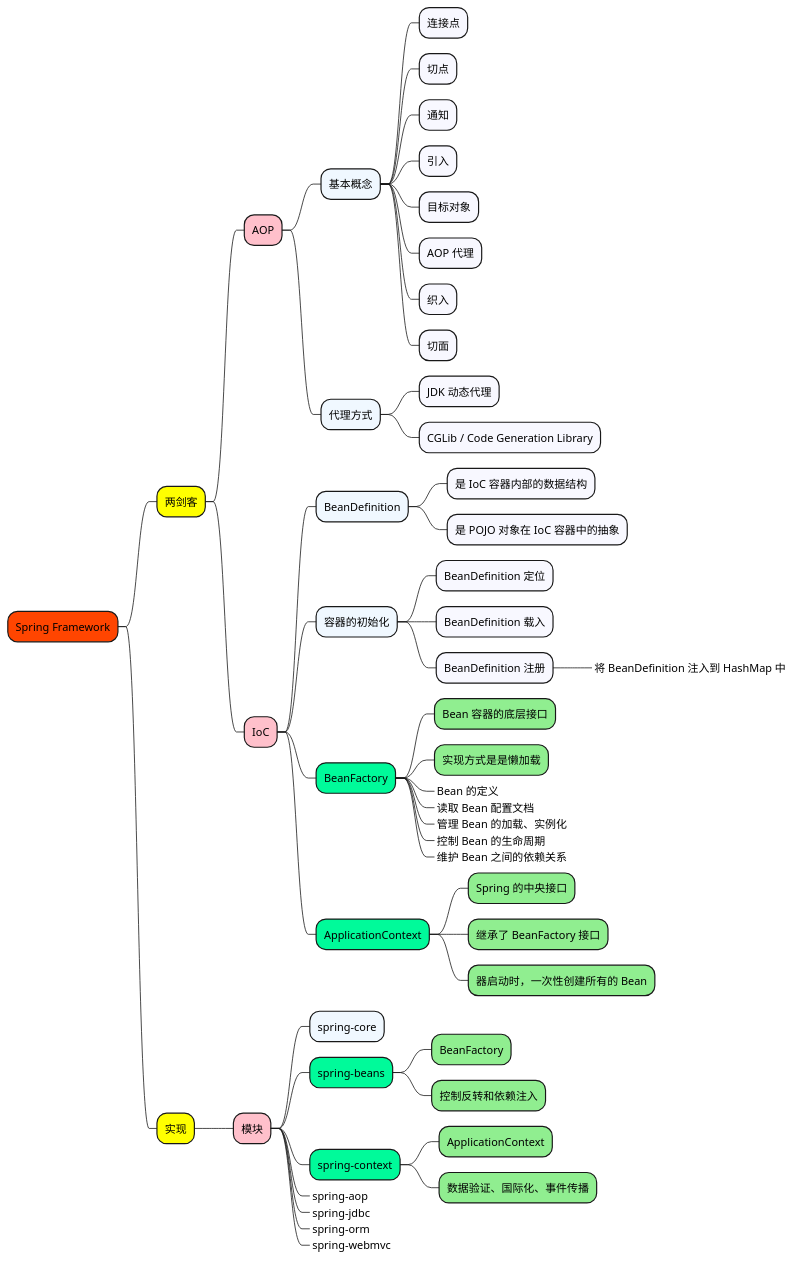
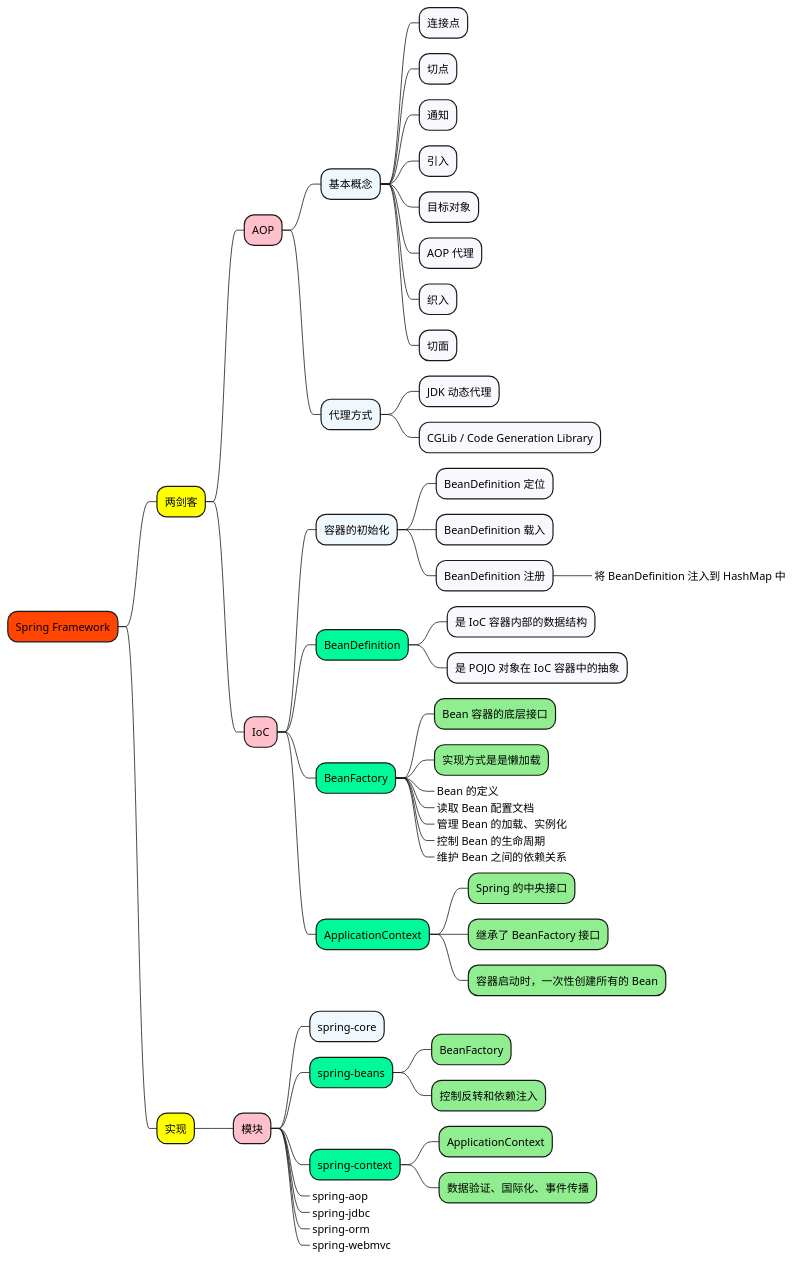
Before and after one commit to doveg/self-cultivation-of-a-software-engineer: the diagram in 1_map/framework/Spring-Framework.puml, drawn with PlantUML. The commit also changed 6 other files, not shown here.

```diff
--- a/1_map/framework/Spring-Framework.puml
+++ b/1_map/framework/Spring-Framework.puml
@@ -1,68 +1,67 @@
 @startmindmap
 
 +[#OrangeRed] Spring Framework
 
 ++[#yellow] 两剑客
 
 +++[#Pink] AOP
+
 ++++[#AliceBlue] 基本概念
 +++++[#GhostWhite] 连接点
 +++++[#GhostWhite] 切点
 +++++[#GhostWhite] 通知
 +++++[#GhostWhite] 引入
 +++++[#GhostWhite] 目标对象
 +++++[#GhostWhite] AOP 代理
 +++++[#GhostWhite] 织入
 +++++[#GhostWhite] 切面
-'++++++[#Aquamarine] 6
-'+++++++[#Aquamarine]_ 7
 
 ++++[#AliceBlue] 代理方式
 +++++[#GhostWhite] JDK 动态代理
 +++++[#GhostWhite] CGLib / Code Generation Library
 
 
 +++[#Pink] IoC
 
-++++[#AliceBlue] BeanDefinition
-+++++[#GhostWhite] 是 IoC 容器内部的数据结构
-+++++[#GhostWhite] 是 POJO 对象在 IoC 容器中的抽象
-
 ++++[#AliceBlue] 容器的初始化
 +++++[#GhostWhite] BeanDefinition 定位
 +++++[#GhostWhite] BeanDefinition 载入
 +++++[#GhostWhite] BeanDefinition 注册
 ++++++[#LightGreen]_ 将 BeanDefinition 注入到 HashMap 中
+
+++++[#MediumSpringGreen] BeanDefinition
++++++[#GhostWhite] 是 IoC 容器内部的数据结构
++++++[#GhostWhite] 是 POJO 对象在 IoC 容器中的抽象
 
 ++++[#MediumSpringGreen] BeanFactory
 +++++[#LightGreen] Bean 容器的底层接口
 +++++[#LightGreen] 实现方式是是懒加载
 +++++[#GhostWhite]_ Bean 的定义
 +++++[#GhostWhite]_ 读取 Bean 配置文档
 +++++[#GhostWhite]_ 管理 Bean 的加载、实例化
 +++++[#GhostWhite]_ 控制 Bean 的生命周期
 +++++[#GhostWhite]_ 维护 Bean 之间的依赖关系
 
 ++++[#MediumSpringGreen] ApplicationContext
 +++++[#LightGreen] Spring 的中央接口
 +++++[#LightGreen] 继承了 BeanFactory 接口
-+++++[#LightGreen] 器启动时，一次性创建所有的 Bean
++++++[#LightGreen] 容器启动时，一次性创建所有的 Bean
 
 
 ++[#yellow] 实现
 
 +++[#Pink] 模块
 ++++[#AliceBlue] spring-core
 ++++[#MediumSpringGreen] spring-beans
 +++++[#LightGreen] BeanFactory
 +++++[#LightGreen] 控制反转和依赖注入
 ++++[#MediumSpringGreen] spring-context
 +++++[#LightGreen] ApplicationContext
 +++++[#LightGreen] 数据验证、国际化、事件传播
 ++++[#AliceBlue]_ spring-aop
 ++++[#AliceBlue]_ spring-jdbc
 ++++[#AliceBlue]_ spring-orm
 ++++[#AliceBlue]_ spring-webmvc
 
 
 @endmindmap
```
